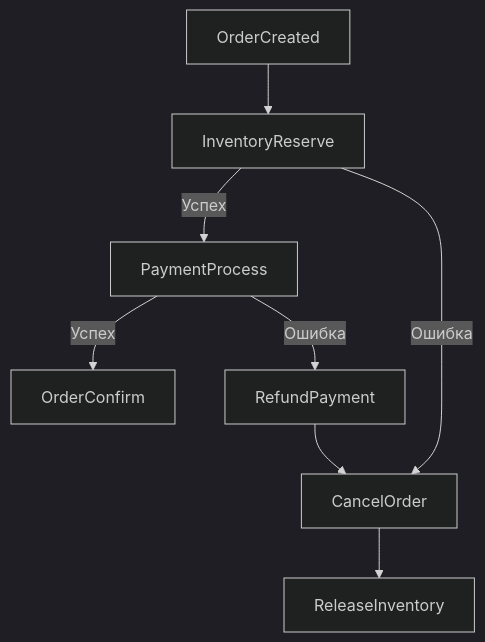
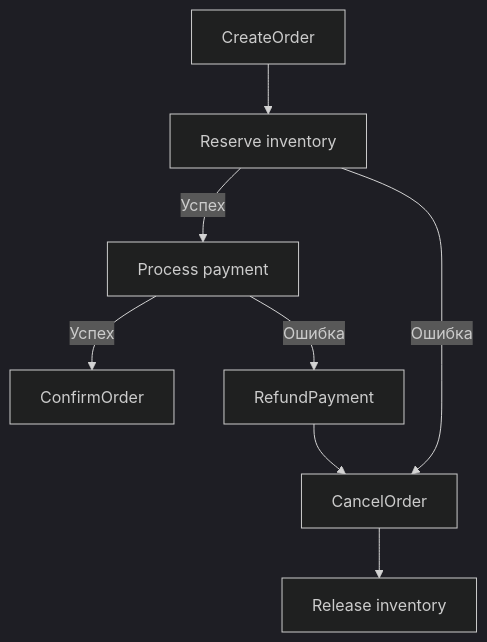
The third of 4 diagrams in docs/ARCHITECTURE.md (ekhodzitsky/go-ozon-marketplace), drawn with Mermaid (dark theme) before and after one commit. The commit also changed other lines of this file and 14 other files, not shown here.

````diff
--- a/docs/ARCHITECTURE.md
+++ b/docs/ARCHITECTURE.md
@@ -104,10 +102,10 @@
 ```mermaid
 flowchart TD
-    A[OrderCreated] --> B[InventoryReserve]
-    B -->|Успех| C[PaymentProcess]
+    A[CreateOrder] --> B[Reserve inventory]
+    B -->|Успех| C[Process payment]
     B -->|Ошибка| D[CancelOrder]
-    C -->|Успех| E[OrderConfirm]
+    C -->|Успех| E[ConfirmOrder]
     C -->|Ошибка| F[RefundPayment]
     F --> D
-    D --> G[ReleaseInventory]
+    D --> G[Release inventory]
 ```
````
